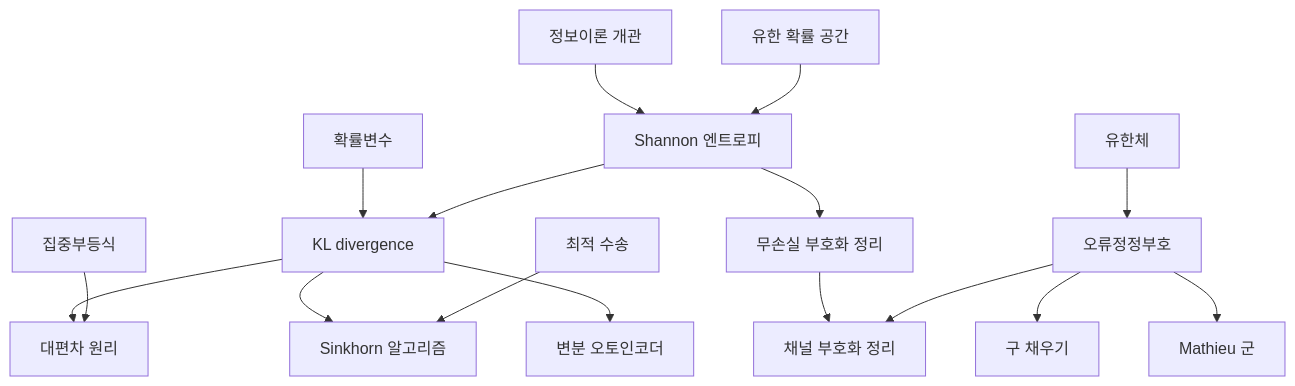
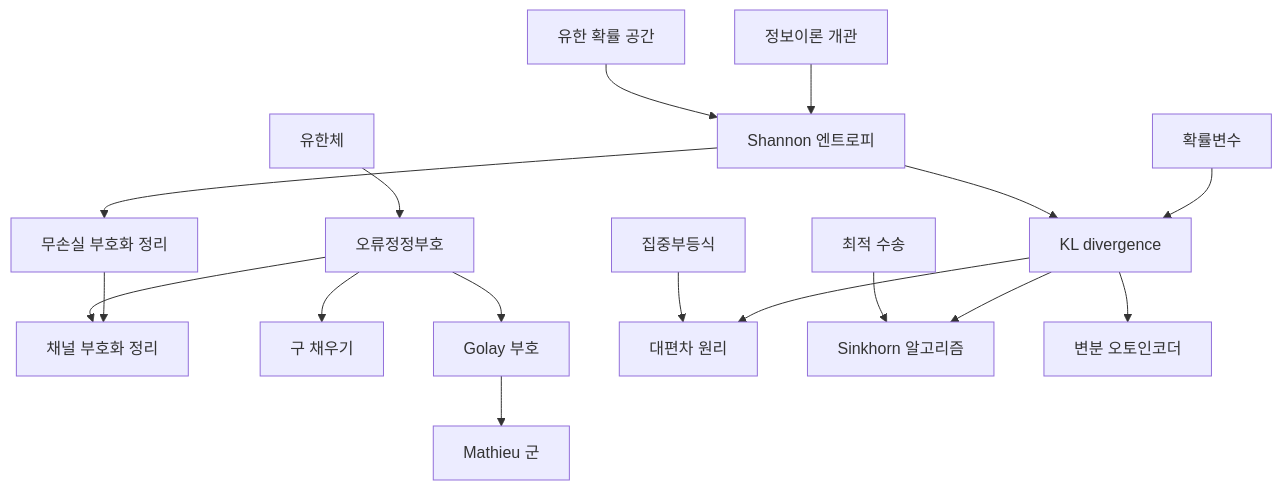
The diagram in docs/information-theory-overview.md (Phryxia/math-map), drawn with Mermaid before and after one commit.

Commit message:
fix information-theory-overview map to route through golay-codes
Claude-Session: https://claude.ai/code/session_01SPGezYcbkb2QiTZfrowxCk

````diff
--- a/docs/information-theory-overview.md
+++ b/docs/information-theory-overview.md
@@ -15,18 +15,19 @@
 ```mermaid
 graph TD
   ITO["정보이론 개관"] --> ENT["Shannon 엔트로피"]
   PROB["유한 확률 공간"] --> ENT
   RV["확률변수"] --> KL["KL divergence"]
   ENT --> KL
   ENT --> SC["무손실 부호화 정리"]
   SC --> CC["채널 부호화 정리"]
   ECC["오류정정부호"] --> CC
   FF["유한체"] --> ECC
   ECC --> SP["구 채우기"]
-  ECC --> MAT["Mathieu 군"]
+  ECC --> GOL["Golay 부호"]
+  GOL --> MAT["Mathieu 군"]
   KL --> LD["대편차 원리"]
   CI["집중부등식"] --> LD
   KL --> SINK["Sinkhorn 알고리즘"]
   OT["최적 수송"] --> SINK
   KL --> VAE["변분 오토인코더"]
 ```
````
